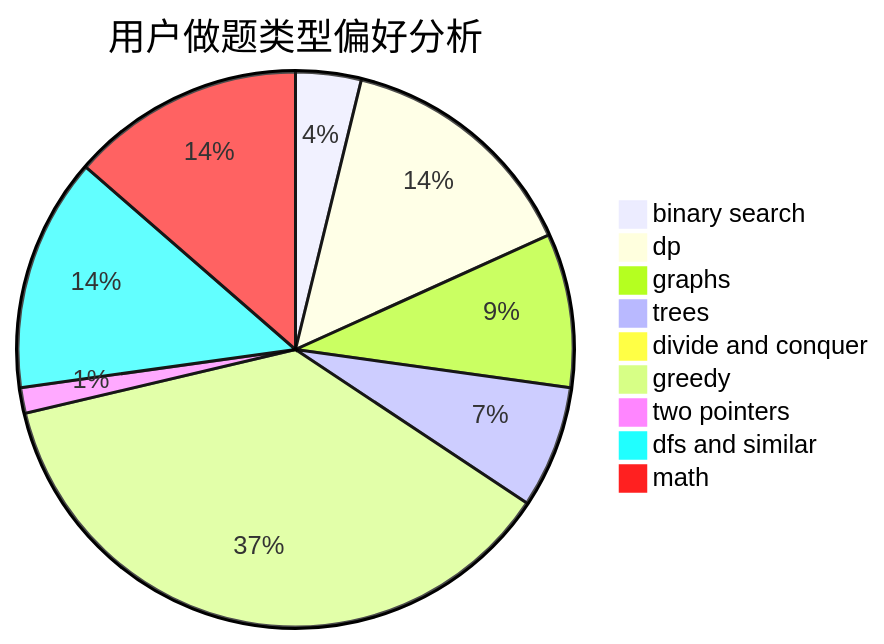
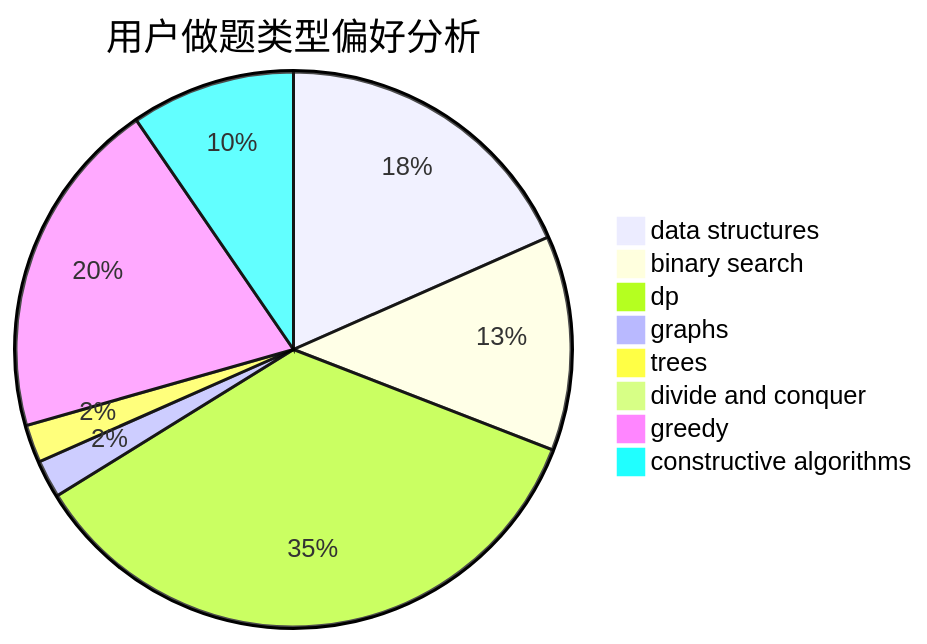
The second of 3 diagrams in docs/user/u605.md (sherpahu/cfrs.github.io), drawn with Mermaid before and after one commit. The commit also changed other lines of this file and 2775 other files, not shown here.

````diff
--- a/docs/user/u605.md
+++ b/docs/user/u605.md
@@ -23,12 +23,11 @@
 ```mermaid
 pie title 用户做题类型偏好分析
-    "binary search" :  23
-    "dp" :  87
-    "graphs" :  54
-    "trees" :  43
+    "data structures" :  25
+    "binary search" :  17
+    "dp" :  48
+    "graphs" :  3
+    "trees" :  3
     "divide and conquer" :  0
-    "greedy" :  223
-    "two pointers" :  9
-    "dfs and similar" :  82
-    "math" :  82
+    "greedy" :  27
+    "constructive algorithms" :  13
 ```
````
